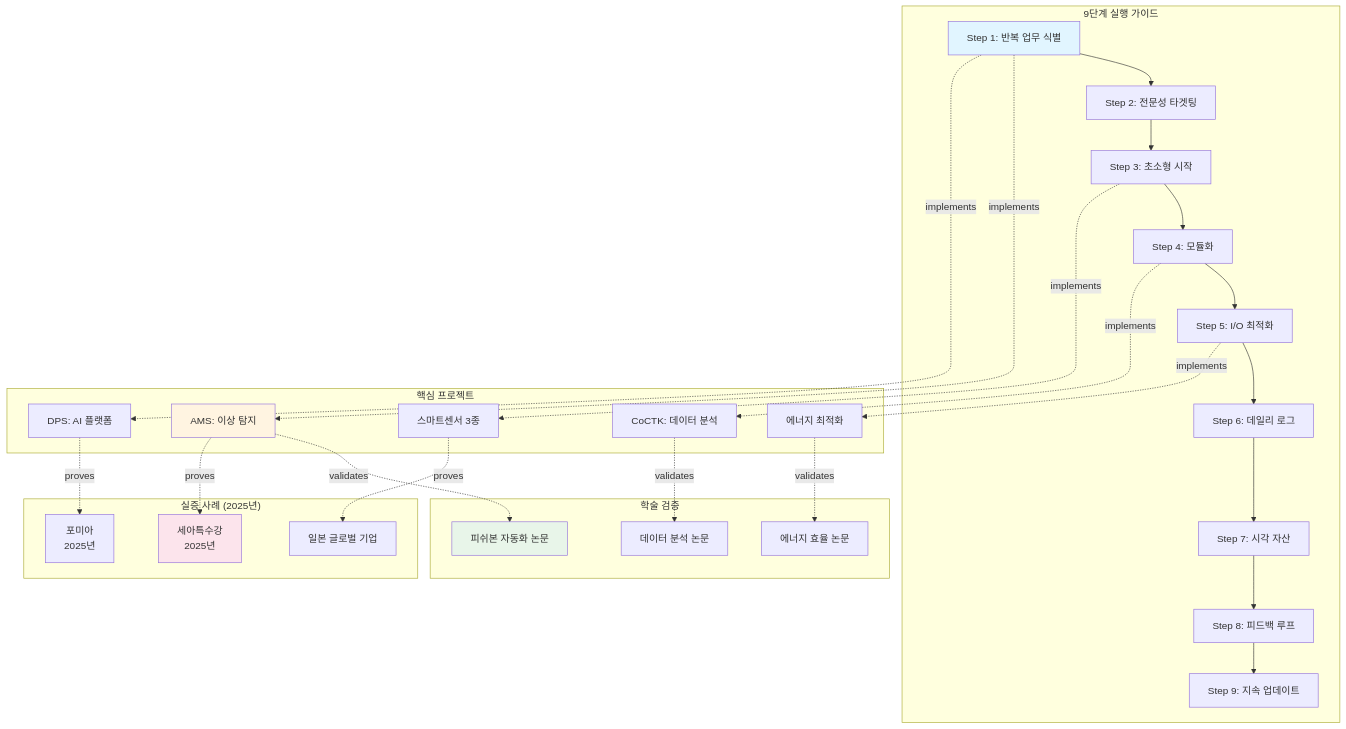
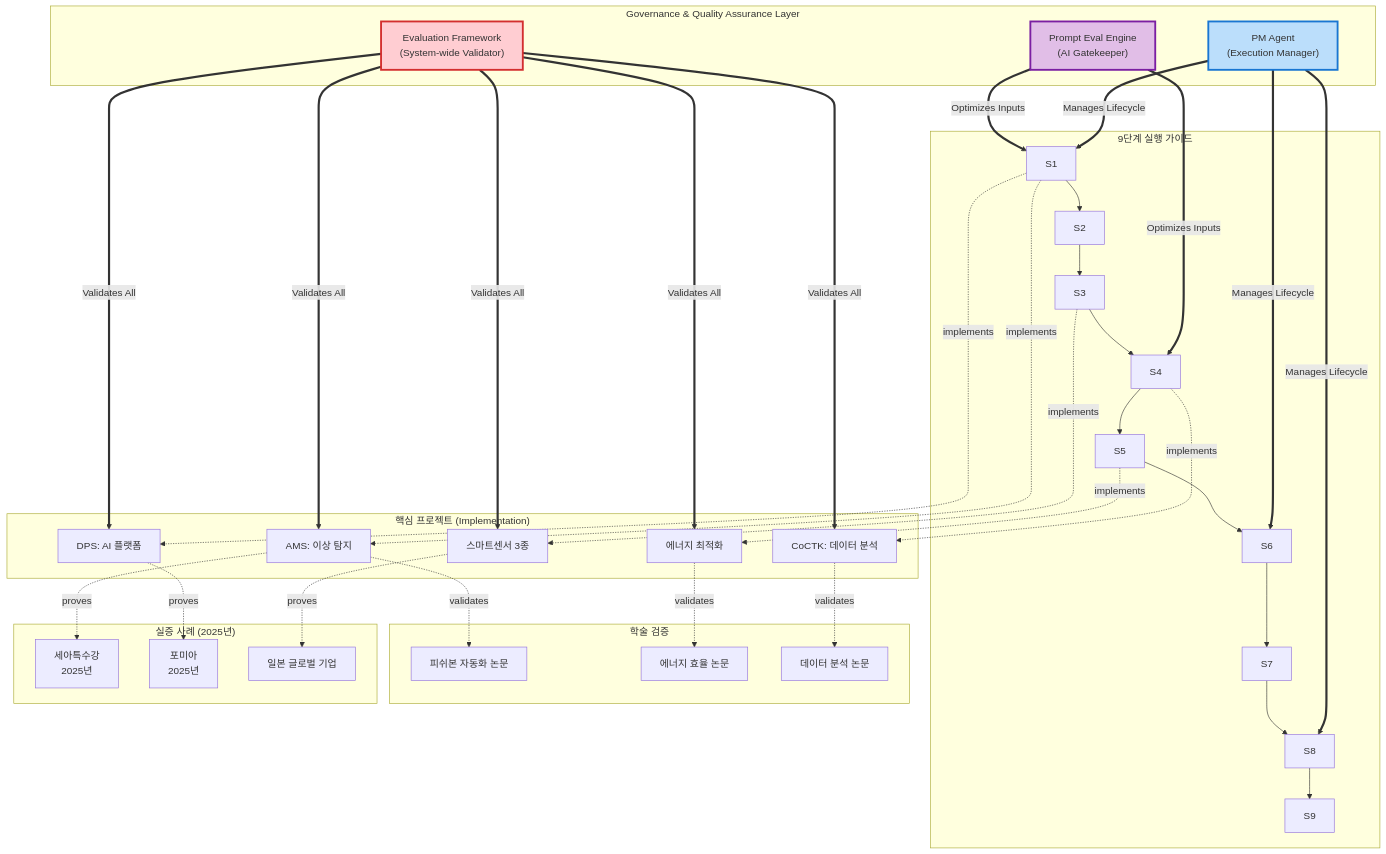
One commit to moobaek/Testing_AI_agents_for_public_use changed the first of 8 diagrams in portfolio/portfolio_docs/00_Relationship_Map.md. Above: the diagram before and after it, drawn with Mermaid. The commit also changed other lines of this file and 23 other files, not shown here.

Commit message:
feat(portfolio): Elevate Agents to Governance Layer & Add HITL Guidelines

````diff
--- a/portfolio/portfolio_docs/00_Relationship_Map.md
+++ b/portfolio/portfolio_docs/00_Relationship_Map.md
@@ -12,56 +12,57 @@
 ```mermaid
 graph TB
+    subgraph "Governance & Quality Assurance Layer"
+        EVAL["Evaluation Framework<br/>(System-wide Validator)"]
+        PROMPT["Prompt Eval Engine<br/>(AI Gatekeeper)"]
+        PM["PM Agent<br/>(Execution Manager)"]
+    end
+
     subgraph "9단계 실행 가이드"
-        S1["Step 1: 반복 업무 식별"]
-        S2["Step 2: 전문성 타겟팅"]
-        S3["Step 3: 초소형 시작"]
-        S4["Step 4: 모듈화"]
-        S5["Step 5: I/O 최적화"]
-        S6["Step 6: 데일리 로그"]
-        S7["Step 7: 시각 자산"]
-        S8["Step 8: 피드백 루프"]
-        S9["Step 9: 지속 업데이트"]
+        S1 --> S2 --> S3 --> S4 --> S5
+        S5 --> S6 --> S7 --> S8 --> S9
     end
     
-    subgraph "핵심 프로젝트"
+    subgraph "핵심 프로젝트 (Implementation)"
         AMS["AMS: 이상 탐지"]
         DPS["DPS: AI 플랫폼"]
         CoCTK["CoCTK: 데이터 분석"]
         SENSOR["스마트센서 3종"]
         ENERGY["에너지 최적화"]
     end
     
     subgraph "학술 검증"
         P1["피쉬본 자동화 논문"]
         P2["에너지 효율 논문"]
         P3["데이터 분석 논문"]
     end
     
     subgraph "실증 사례 (2025년)"
         T1["세아특수강<br/>2025년"]
         T2["포미아<br/>2025년"]
         T3["일본 글로벌 기업"]
     end
     
-    S1 --> S2 --> S3 --> S4 --> S5
-    S5 --> S6 --> S7 --> S8 --> S9
+    %% Governance Relations - The Overseers
+    EVAL == "Validates All" ==> AMS & DPS & CoCTK & SENSOR & ENERGY
+    PROMPT == "Optimizes Inputs" ==> S1 & S4
+    PM == "Manages Lifecycle" ==> S1 & S6 & S8
     
+    %% Standard Project Relations
     S1 -. "implements" .-> AMS
     S1 -. "implements" .-> DPS
     S3 -. "implements" .-> SENSOR
     S4 -. "implements" .-> CoCTK
     S5 -. "implements" .-> ENERGY
     
     AMS -. "validates" .-> P1
     ENERGY -. "validates" .-> P2
     CoCTK -. "validates" .-> P3
     
     AMS -. "proves" .-> T1
     DPS -. "proves" .-> T2
     SENSOR -. "proves" .-> T3
     
-    style S1 fill:#e1f5ff
-    style AMS fill:#fff4e1
-    style P1 fill:#e8f5e9
-    style T1 fill:#fce4ec
+    style EVAL fill:#ffcdd2,stroke:#d32f2f,stroke-width:3px
+    style PROMPT fill:#e1bee7,stroke:#7b1fa2,stroke-width:3px
+    style PM fill:#bbdefb,stroke:#1976d2,stroke-width:3px
 ```
````
